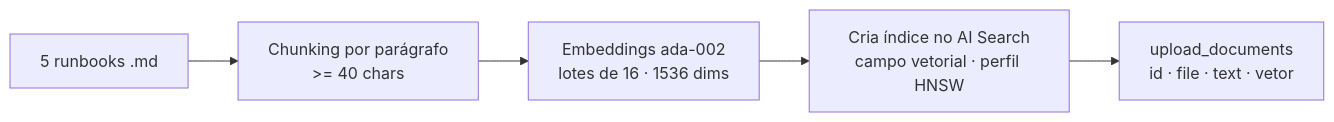
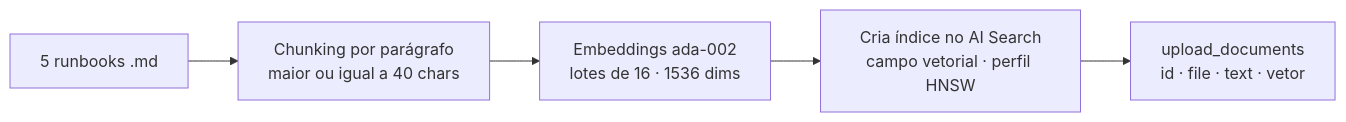
Before and after one commit to leonardodebs/azure-ai-lab: the second of 3 diagrams in docs/ARQUITETURA.md, drawn with Mermaid. The commit also changed other lines of this file, not shown here.

First line of the commit message:
Corrige diagramas Mermaid no ARQUITETURA.md

````diff
--- a/docs/ARQUITETURA.md
+++ b/docs/ARQUITETURA.md
@@ -87,7 +87,7 @@
 ```mermaid
 flowchart LR
-    MD[5 runbooks .md] --> CHUNK[Chunking por parágrafo<br/>>= 40 chars]
-    CHUNK --> EMB[Embeddings ada-002<br/>lotes de 16 · 1536 dims]
-    EMB --> IDX[Cria índice no AI Search<br/>campo vetorial · perfil HNSW]
-    IDX --> UP[upload_documents<br/>id · file · text · vetor]
+    MD["5 runbooks .md"] --> CHUNK["Chunking por parágrafo<br/>maior ou igual a 40 chars"]
+    CHUNK --> EMB["Embeddings ada-002<br/>lotes de 16 · 1536 dims"]
+    EMB --> IDX["Cria índice no AI Search<br/>campo vetorial · perfil HNSW"]
+    IDX --> UP["upload_documents<br/>id · file · text · vetor"]
 ```
````
